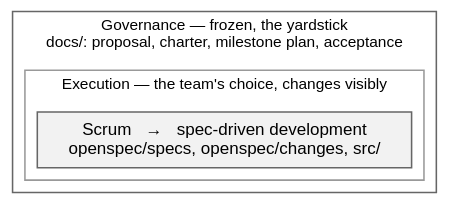
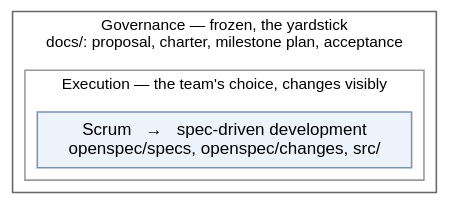
Before and after one commit to htl-leonding-college/curriculum-syp3: the diagram in modules/course-overview/questions.adoc, drawn with Graphviz. The commit also changed 65 other files, not shown here.

First line of the commit message:
feat(site): give the diagrams a semantic pastel palette

```diff
--- a/modules/course-overview/questions.adoc
+++ b/modules/course-overview/questions.adoc
@@ -59,20 +59,20 @@
 [graphviz,q-outside-inside,svg]
 ----
 digraph frame {
   bgcolor="transparent";
   compound=true;
-  node [shape=box, style=filled, fillcolor="#f2f2f2", color="#666666",
+  node [shape=box, style=filled, fillcolor="#EDF3FA", color="#7C93AD",
         fontname="Helvetica", fontsize=11];
 
   subgraph cluster_gov {
     label="Governance — frozen, the yardstick\ndocs/: proposal, charter, milestone plan, acceptance";
     fontname="Helvetica"; fontsize=10; color="#666666";
 
     subgraph cluster_exec {
       label="Execution — the team's choice, changes visibly";
       fontname="Helvetica"; fontsize=10; color="#999999";
       E [label="Scrum   →   spec-driven development\nopenspec/specs, openspec/changes, src/"];
     }
   }
 }
 ----
```
